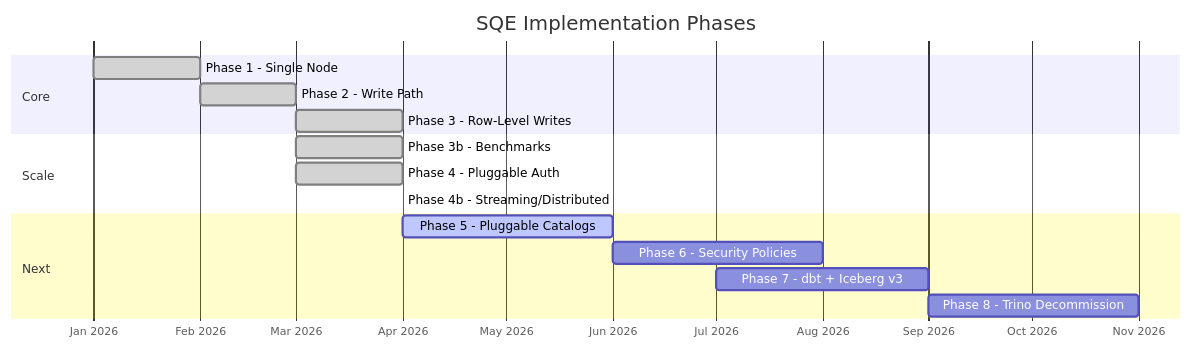
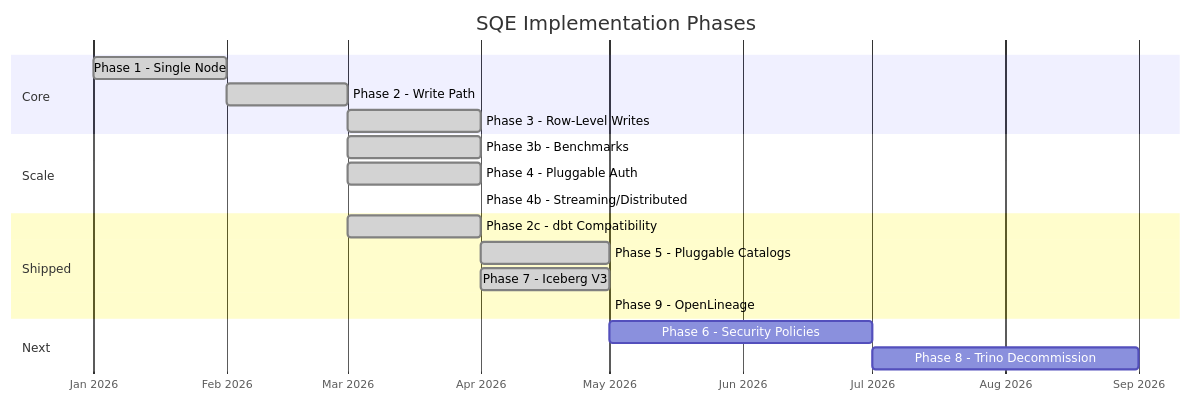
One commit to schubergphilis/sqe changed the first of 4 diagrams in docs/book/src/development/roadmap.md. Above: the diagram before and after it, drawn with Mermaid. The commit also changed other lines of this file and 6 other files, not shown here.

First line of the commit message:
docs: archive completed-scope artifacts + refresh stale roadmap

````diff
--- a/docs/book/src/development/roadmap.md
+++ b/docs/book/src/development/roadmap.md
@@ -7,22 +7,26 @@
 ```mermaid
 gantt
     title SQE Implementation Phases
     dateFormat YYYY-MM
     axisFormat %b %Y
 
     section Core
     Phase 1 - Single Node        :done, p1, 2026-01, 2026-02
     Phase 2 - Write Path         :done, p2, 2026-02, 2026-03
     Phase 3 - Row-Level Writes   :done, p3, 2026-03, 2026-04
 
     section Scale
     Phase 3b - Benchmarks        :done, p3b, 2026-03, 2026-04
     Phase 4 - Pluggable Auth     :done, p4, 2026-03, 2026-04
     Phase 4b - Streaming/Distributed :done, p4b, 2026-04, 2026-04
 
+    section Shipped
+    Phase 2c - dbt Compatibility :done, p2c, 2026-03, 2026-04
+    Phase 5 - Pluggable Catalogs :done, p5, 2026-04, 2026-05
+    Phase 7 - Iceberg V3         :done, p7, 2026-04, 2026-05
+    Phase 9 - OpenLineage        :done, p9, 2026-05, 2026-05
+
     section Next
-    Phase 5 - Pluggable Catalogs :active, p5, 2026-04, 2026-06
-    Phase 6 - Security Policies  :p6, 2026-06, 2026-08
-    Phase 7 - dbt + Iceberg v3   :p7, 2026-07, 2026-09
-    Phase 8 - Trino Decommission :p8, 2026-09, 2026-11
+    Phase 6 - Security Policies  :p6, 2026-05, 2026-07
+    Phase 8 - Trino Decommission :p8, 2026-07, 2026-09
 ```
````
